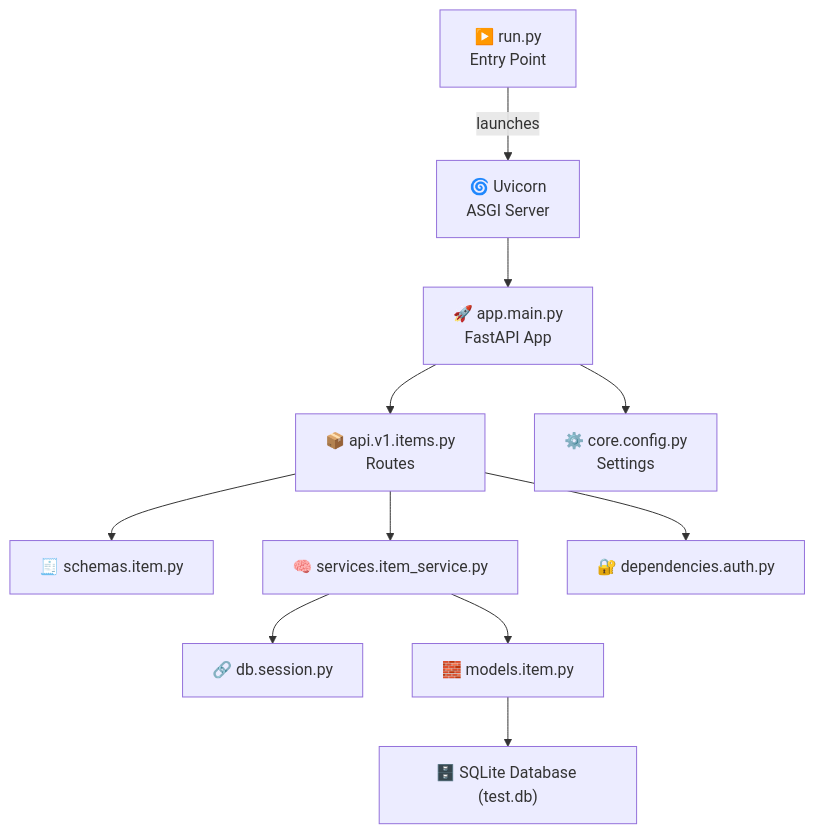
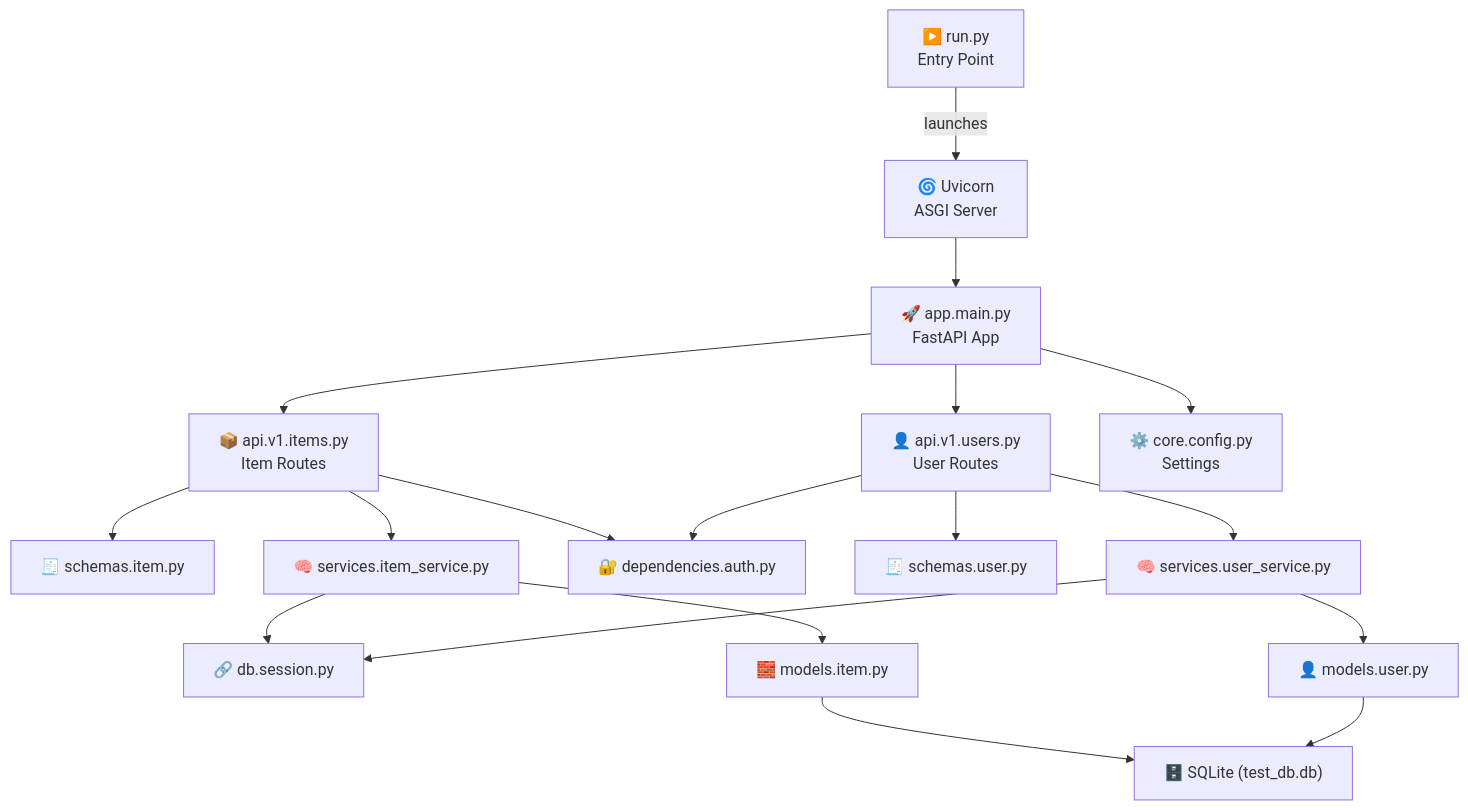
Before and after one commit to berserkhmdvhb/fastapi-template-dev: the first of 2 diagrams in README.md, drawn with Mermaid. The commit also changed other lines of this file, not shown here.

````diff
--- a/README.md
+++ b/README.md
@@ -51,21 +51,29 @@
 ```mermaid
 graph TD
     Run["▶️ run.py<br/>Entry Point"] -->|launches| Uvicorn["🌀 Uvicorn<br/>ASGI Server"]
     Uvicorn --> AppMain["🚀 app.main.py<br/>FastAPI App"]
 
     %% App Layer
-    AppMain --> Router["📦 api.v1.items.py<br/>Routes"]
+    AppMain --> ItemRouter["📦 api.v1.items.py<br/>Item Routes"]
+    AppMain --> UserRouter["👤 api.v1.users.py<br/>User Routes"]
     AppMain --> Settings["⚙️ core.config.py<br/>Settings"]
 
-    %% Router Layer
-    Router --> Schemas["🧾 schemas.item.py"]
-    Router --> Service["🧠 services.item_service.py"]
-    Router --> Auth["🔐 dependencies.auth.py"]
+    %% Routers
+    ItemRouter --> ItemSchemas["🧾 schemas.item.py"]
+    ItemRouter --> ItemService["🧠 services.item_service.py"]
+    ItemRouter --> Auth["🔐 dependencies.auth.py"]
 
-    %% Service Layer
-    Service --> Session["🔗 db.session.py"]
-    Service --> ORM["🧱 models.item.py"]
+    UserRouter --> UserSchemas["🧾 schemas.user.py"]
+    UserRouter --> UserService["🧠 services.user_service.py"]
+    UserRouter --> Auth
 
-    %% Database
-    ORM --> DB["🗄️ SQLite Database (test.db)"]
+    %% Services to DB
+    ItemService --> Session["🔗 db.session.py"]
+    UserService --> Session
+
+    ItemService --> ItemModel["🧱 models.item.py"]
+    UserService --> UserModel["👤 models.user.py"]
+
+    ItemModel --> DB["🗄️ SQLite (test_db.db)"]
+    UserModel --> DB
 ```
````
